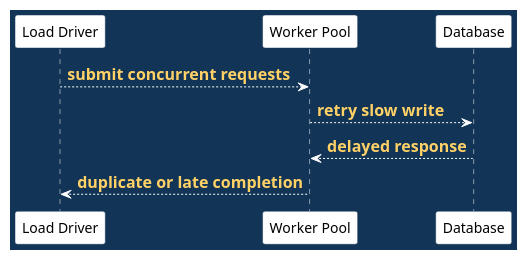
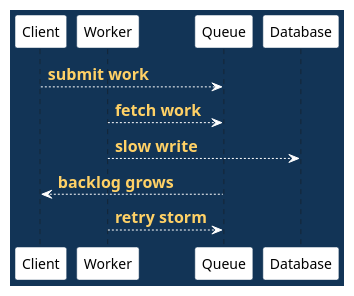
The fourth of 7 diagrams in doc/lectures/week12/observability_stress/README.slides.adoc (madajaju/CS5254), drawn with PlantUML before and after one commit. The commit also changed other lines of this file and 47 other files, not shown here.

```diff
--- a/doc/lectures/week12/observability_stress/README.slides.adoc
+++ b/doc/lectures/week12/observability_stress/README.slides.adoc
@@ -93,26 +99,29 @@
 [plantuml,width=100%]
 ----
 @startuml
 skinparam shadowing false
 skinparam backgroundColor #123456
 skinparam defaultFontColor black
 skinparam ArrowColor white
 skinparam ArrowFontColor #ffd166
 skinparam ArrowFontStyle bold
 skinparam ArrowFontSize 16
-skinparam sequence {
-  LifeLineBorderColor white
-  LifeLineBackgroundColor white
-  ParticipantBorderColor #123456
-  ParticipantBackgroundColor white
-  ParticipantFontColor black
-}
-participant "Load Driver" as LD
-participant "Worker Pool" as WP
-participant "Database" as DB
-LD --> WP : submit concurrent requests
-WP --> DB : retry slow write
-DB --> WP : delayed response
-WP --> LD : duplicate or late completion
+skinparam BoxBackgroundColor white
+skinparam BoxFontColor black
+skinparam BoxBorderColor #123456
+skinparam ParticipantBorderColor #123456
+skinparam ParticipantBackgroundColor white
+skinparam ParticipantFontColor black
+skinparam LifeLineBorderColor white
+skinparam LifeLineBackgroundColor white
+participant "Client" as C
+participant "Worker" as W
+participant "Queue" as Q
+participant "Database" as D
+C --> Q : submit work
+W --> Q : fetch work
+W --> D : slow write
+Q --> C : backlog grows
+W --> Q : retry storm
 @enduml
 ----
```
